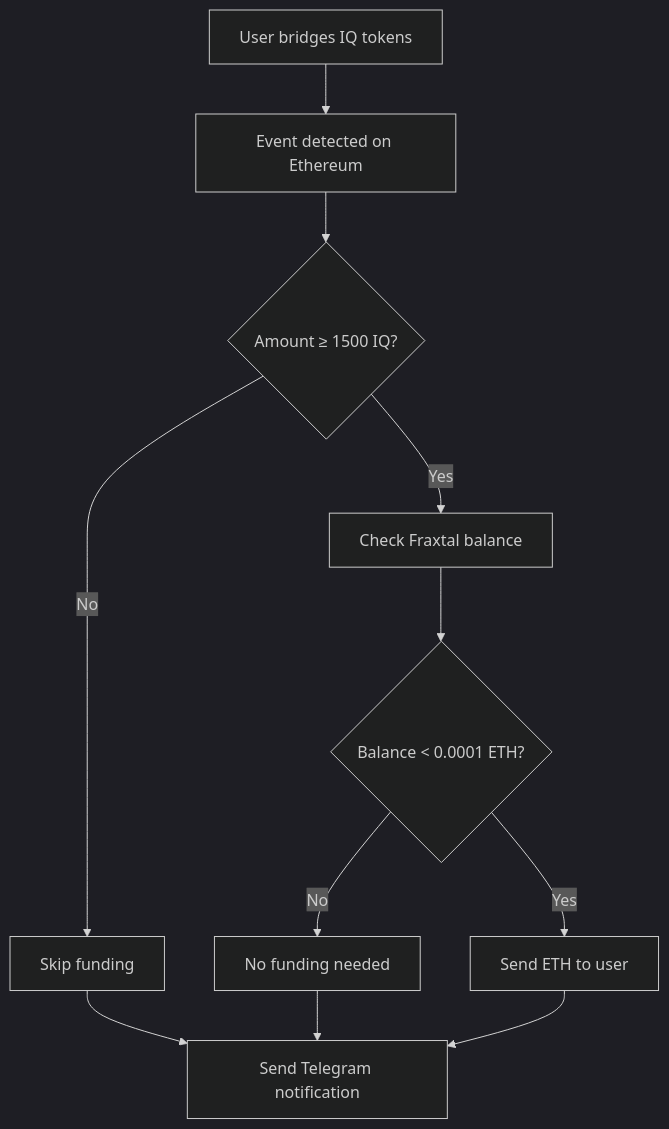
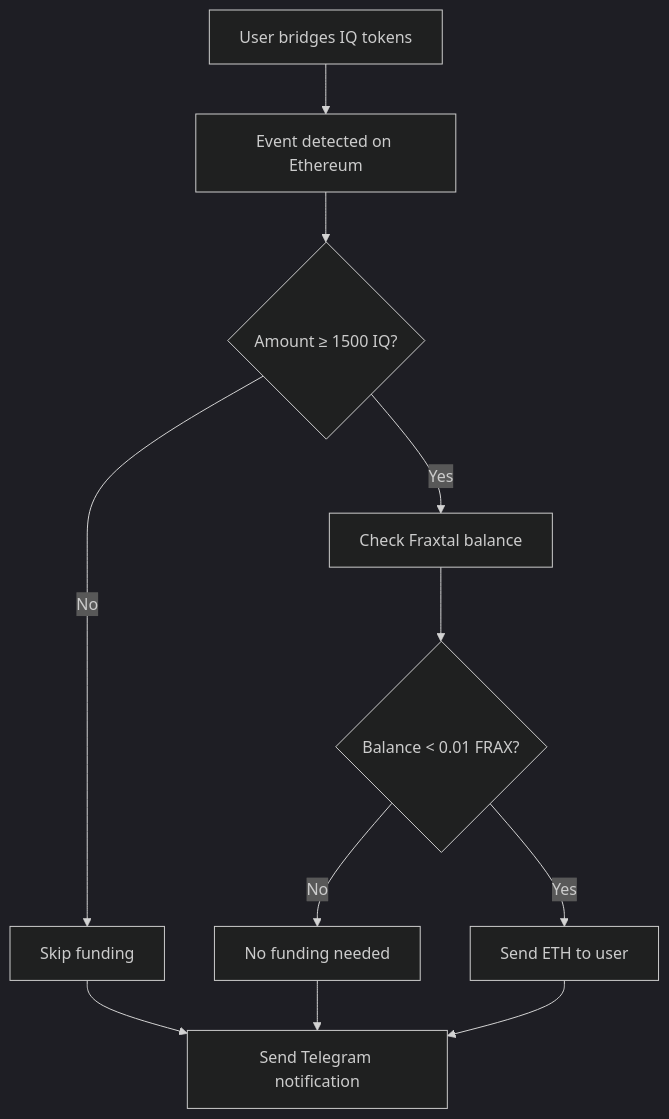
Before and after one commit to IQAIcom/aiden-bridge-agent: the diagram in README.md, drawn with Mermaid (dark theme). The commit also changed other lines of this file, not shown here.

````diff
--- a/README.md
+++ b/README.md
@@ -110,13 +56,13 @@
 ```mermaid
 graph TD
     A[User bridges IQ tokens] --> B[Event detected on Ethereum]
     B --> C{Amount ≥ 1500 IQ?}
     C -->|No| D[Skip funding]
     C -->|Yes| E[Check Fraxtal balance]
-    E --> F{Balance < 0.0001 ETH?}
+    E --> F{Balance < 0.01 FRAX?}
     F -->|No| G[No funding needed]
     F -->|Yes| H[Send ETH to user]
     H --> I[Send Telegram notification]
     D --> I
     G --> I
 ```
````
